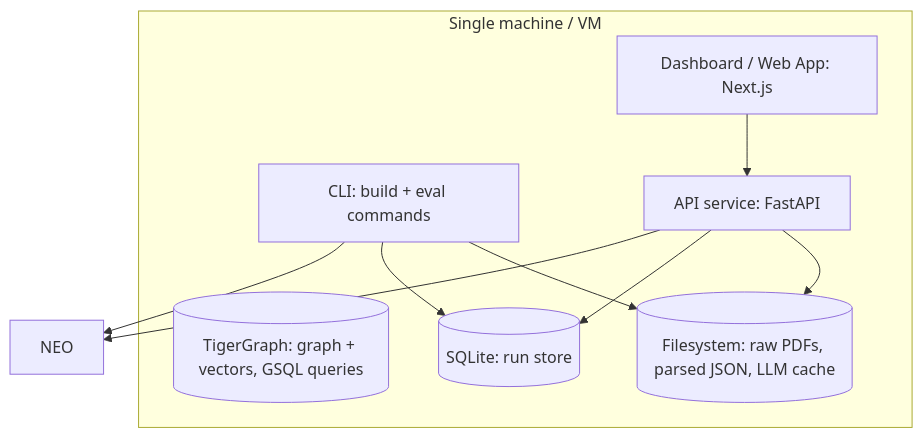
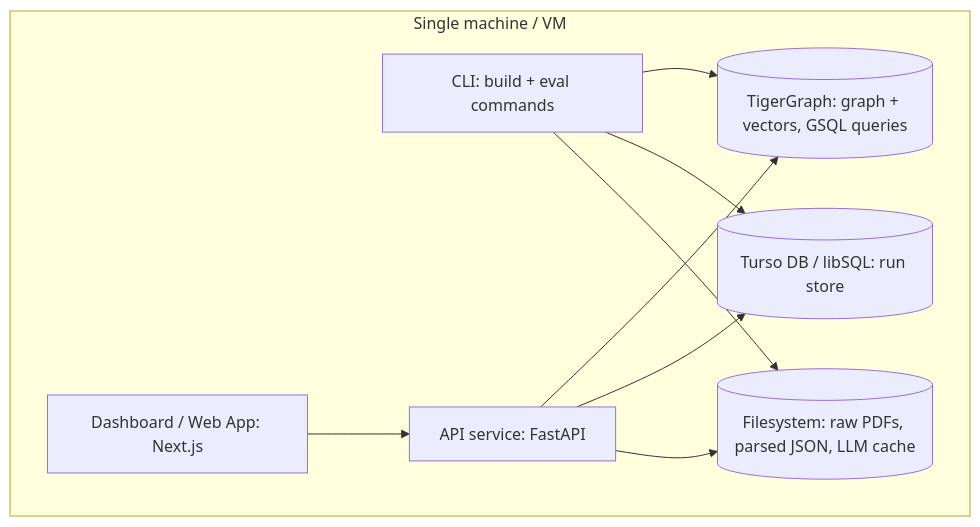
One commit to Tetra4ge/Interlock-TG changed the second of 11 diagrams in docs/ARCHITECTURE.md. Above: the diagram before and after it, drawn with Mermaid. The commit also changed other lines of this file and 9 other files, not shown here.

Commit message:
docs: replace SQLite with Turso DB across all architecture and phase plans

````diff
--- a/docs/ARCHITECTURE.md
+++ b/docs/ARCHITECTURE.md
@@ -43,18 +43,18 @@
 ```mermaid
 flowchart TB
     subgraph Host[Single machine / VM]
         CLI[CLI: build + eval commands]
         API[API service: FastAPI]
         DASH[Dashboard / Web App: Next.js]
         TG[(TigerGraph: graph + vectors, GSQL queries)]
-        SQL[(SQLite: run store)]
+        SQL[(Turso DB / libSQL: run store)]
         FS[(Filesystem: raw PDFs, parsed JSON, LLM cache)]
     end
     DASH --> API
-    API --> NEO
+    API --> TG
     API --> SQL
-    CLI --> NEO
+    CLI --> TG
     CLI --> SQL
     CLI --> FS
     API --> FS
 ```
````
